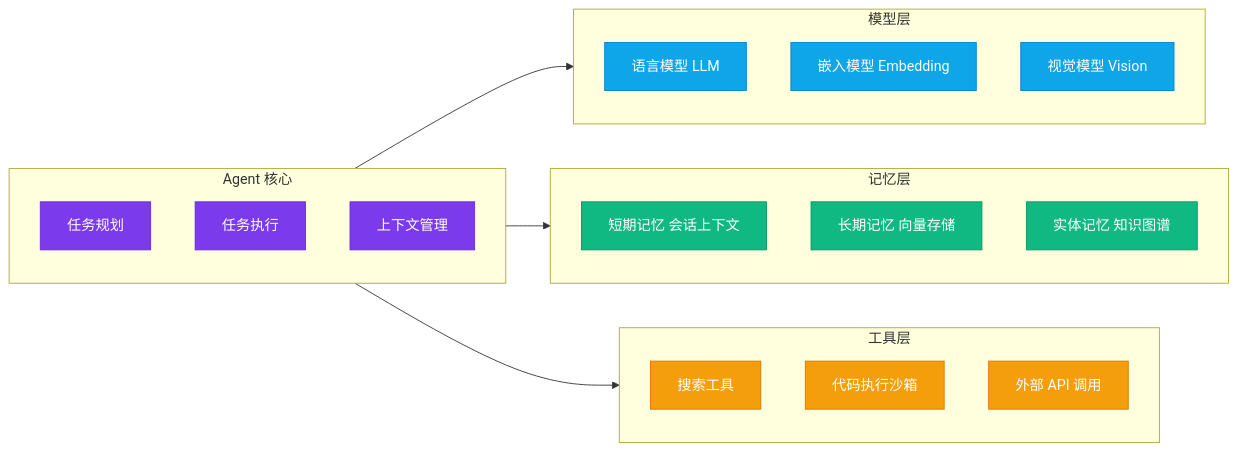
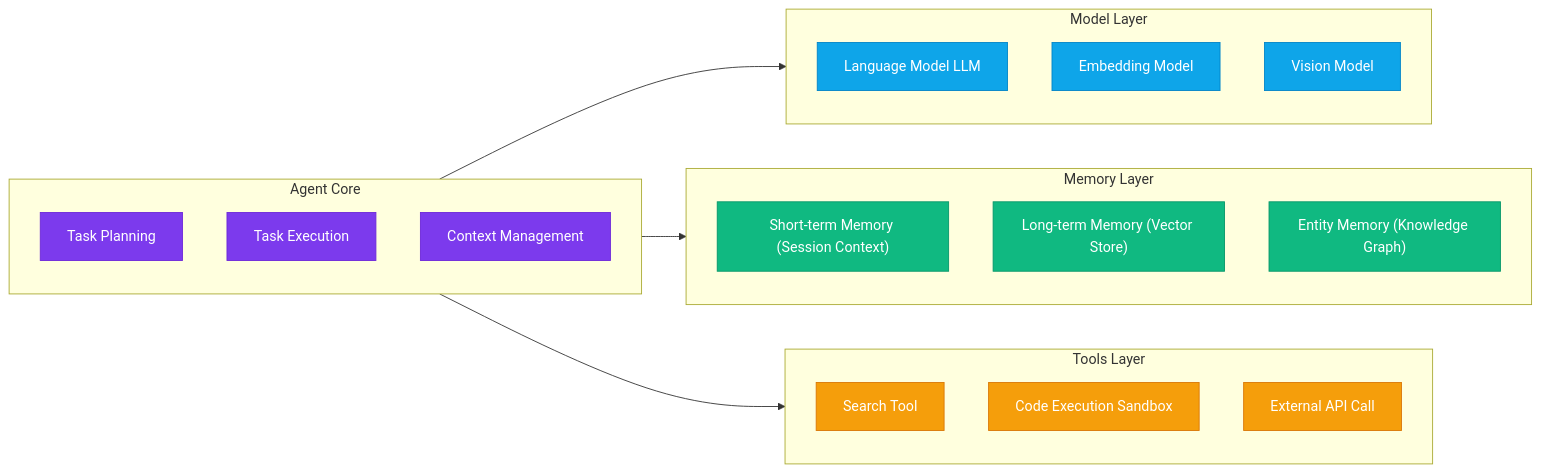
One commit to lohasle/diagram-architect.skill changed the fourth of 4 diagrams in README.md. Above: the diagram before and after it, drawn with Mermaid. The commit also changed other lines of this file and 2 other files, not shown here.

````diff
--- a/README.md
+++ b/README.md
@@ -212,30 +214,30 @@
 ```mermaid
 flowchart LR
-    subgraph AGENT["Agent 核心"]
-        PLAN["任务规划"]:::core
-        EXEC["任务执行"]:::core
-        CTX["上下文管理"]:::core
+    subgraph AGENT["Agent Core"]
+        PLAN["Task Planning"]:::core
+        EXEC["Task Execution"]:::core
+        CTX["Context Management"]:::core
     end
-    subgraph MODELS["模型层"]
-        LLM["语言模型 LLM"]:::model
-        EMB["嵌入模型 Embedding"]:::model
-        VISION["视觉模型 Vision"]:::model
+    subgraph MODELS["Model Layer"]
+        LLM["Language Model LLM"]:::model
+        EMB["Embedding Model"]:::model
+        VISION["Vision Model"]:::model
     end
-    subgraph MEMORY["记忆层"]
-        SHORT["短期记忆 会话上下文"]:::mem
-        LONG["长期记忆 向量存储"]:::mem
-        KG["实体记忆 知识图谱"]:::mem
+    subgraph MEMORY["Memory Layer"]
+        SHORT["Short-term Memory (Session Context)"]:::mem
+        LONG["Long-term Memory (Vector Store)"]:::mem
+        KG["Entity Memory (Knowledge Graph)"]:::mem
     end
-    subgraph TOOLS["工具层"]
-        SEARCH["搜索工具"]:::tool
-        CODE["代码执行沙箱"]:::tool
-        API["外部 API 调用"]:::tool
+    subgraph TOOLS["Tools Layer"]
+        SEARCH["Search Tool"]:::tool
+        CODE["Code Execution Sandbox"]:::tool
+        API["External API Call"]:::tool
     end
     AGENT --> MODELS
     AGENT --> MEMORY
     AGENT --> TOOLS
     classDef core fill:#7c3aed,stroke:#6d28d9,color:#fff
     classDef model fill:#0ea5e9,stroke:#0284c7,color:#fff
     classDef mem fill:#10b981,stroke:#059669,color:#fff
     classDef tool fill:#f59e0b,stroke:#d97706,color:#fff
 ```
````
